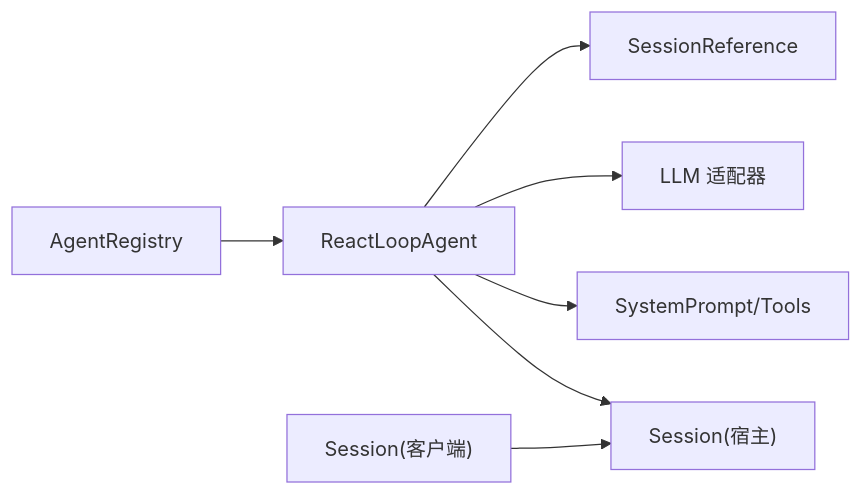
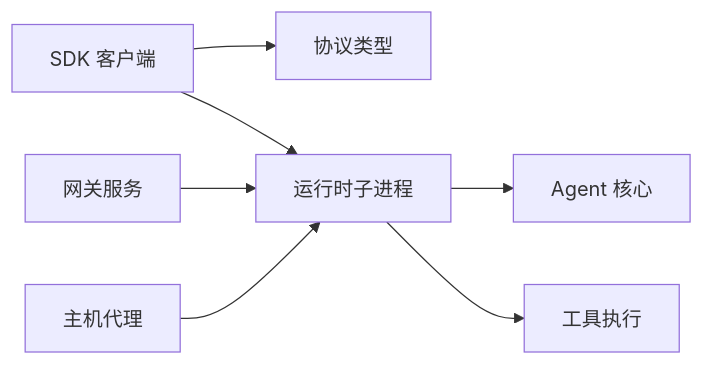
The eighth of 8 diagrams in .qoder/repowiki/zh/content/API 参考/核心 API/核心 API.md (gongzili456/deepseek-harness), drawn with Mermaid before and after one commit. The commit also changed other lines of this file and 1001 other files, not shown here.

````diff
--- a/.qoder/repowiki/zh/content/API 参考/核心 API/核心 API.md
+++ b/.qoder/repowiki/zh/content/API 参考/核心 API/核心 API.md
@@ -283,9 +345,9 @@
 ```mermaid
 graph LR
-AR["AgentRegistry"] --> RL["ReactLoopAgent"]
-RL --> S["Session(宿主)"]
-CLS["Session(客户端)"] --> S
-RL --> SP["SystemPrompt/Tools"]
-RL --> LLM["LLM 适配器"]
-RL --> SR["SessionReference"]
+SDK["SDK 客户端"] --> Proto["协议类型"]
+SDK --> RT["运行时子进程"]
+RT --> AG["Agent 核心"]
+RT --> TL["工具执行"]
+GW["网关服务"] --> RT
+HP["主机代理"] --> RT
 ```
````
